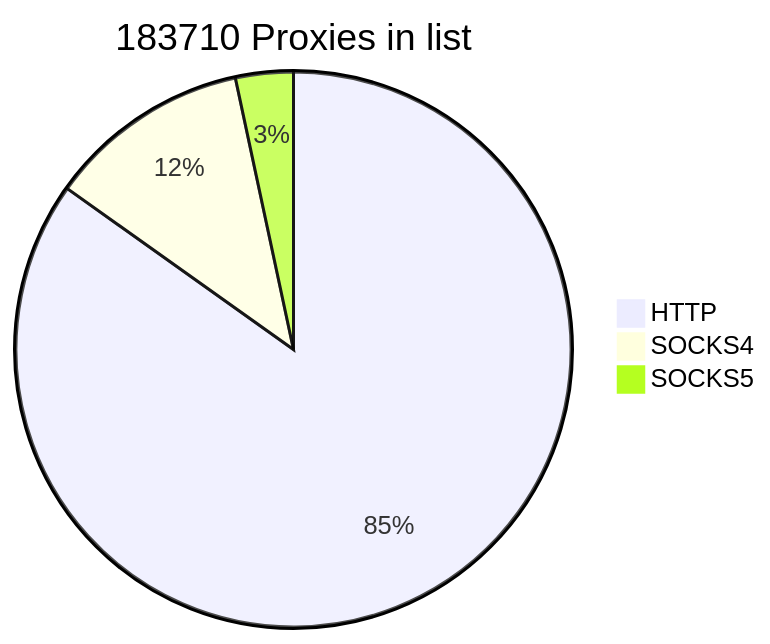
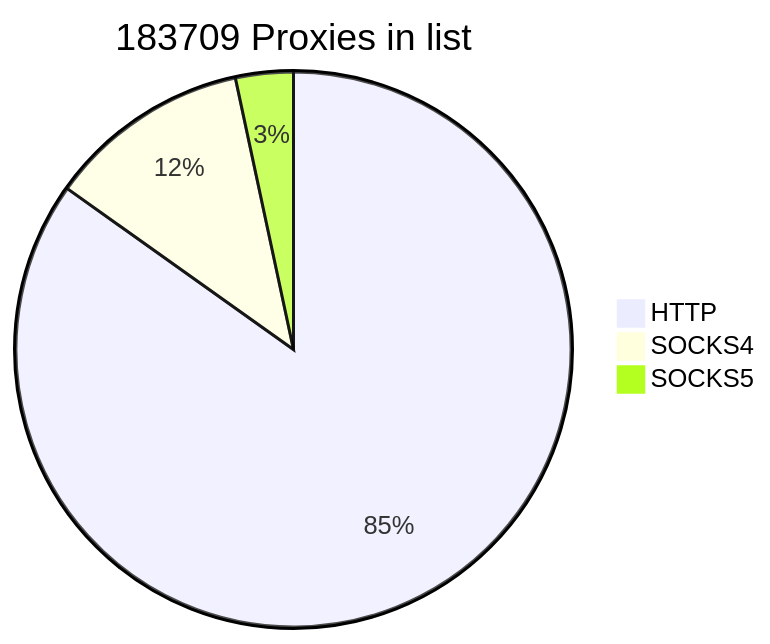
One commit to cutipu/proxylist changed the first of 2 diagrams in README.md. Above: the diagram before and after it, drawn with Mermaid. The commit also changed other lines of this file, not shown here.

````diff
--- a/README.md
+++ b/README.md
@@ -2,7 +2,7 @@
 ```mermaid
-pie title 183710 Proxies in list
+pie title 183709 Proxies in list
     "HTTP" : 155864
     "SOCKS4" : 21678
-    "SOCKS5" : 6168
+    "SOCKS5" : 6167
             
 ```
````
